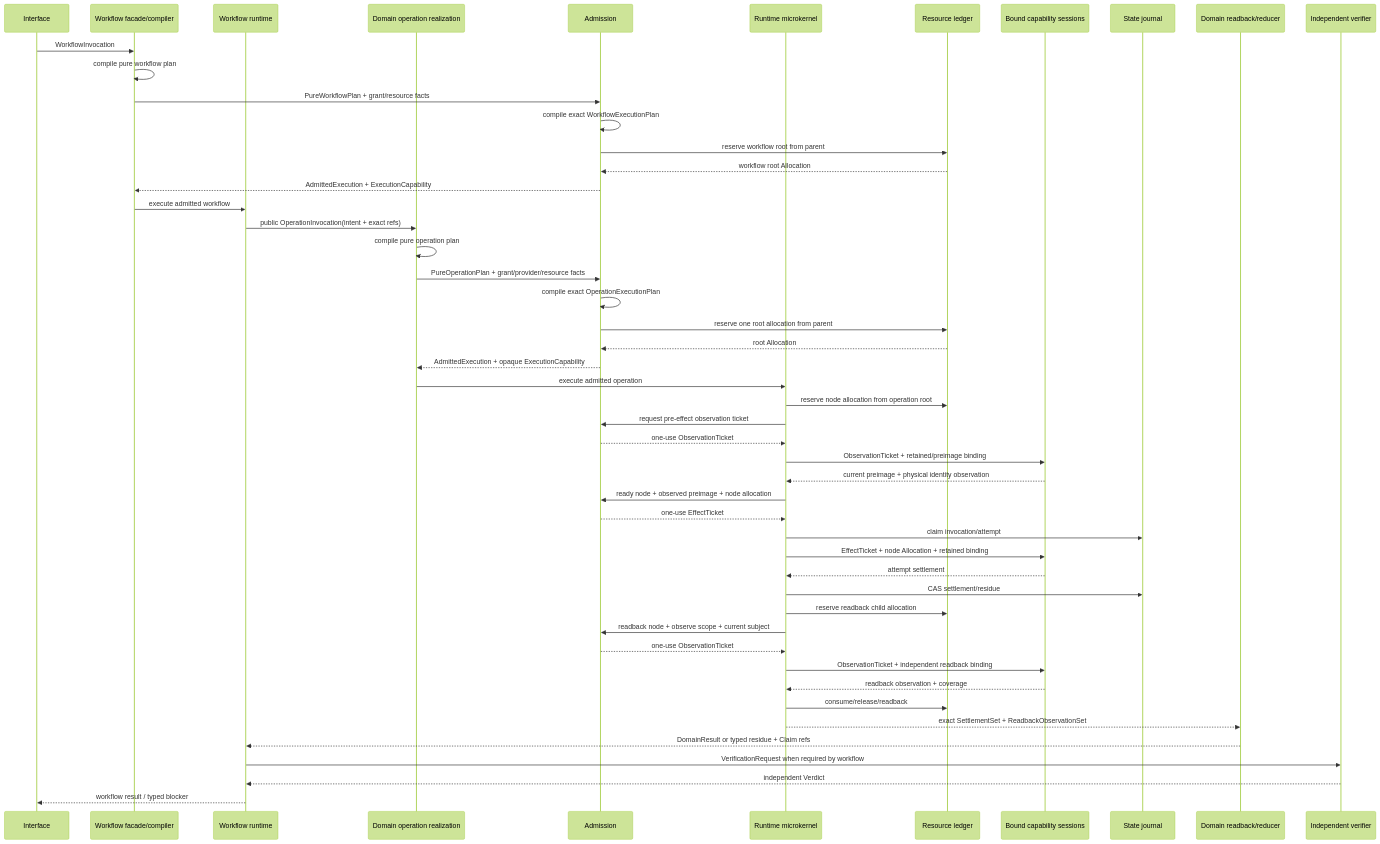
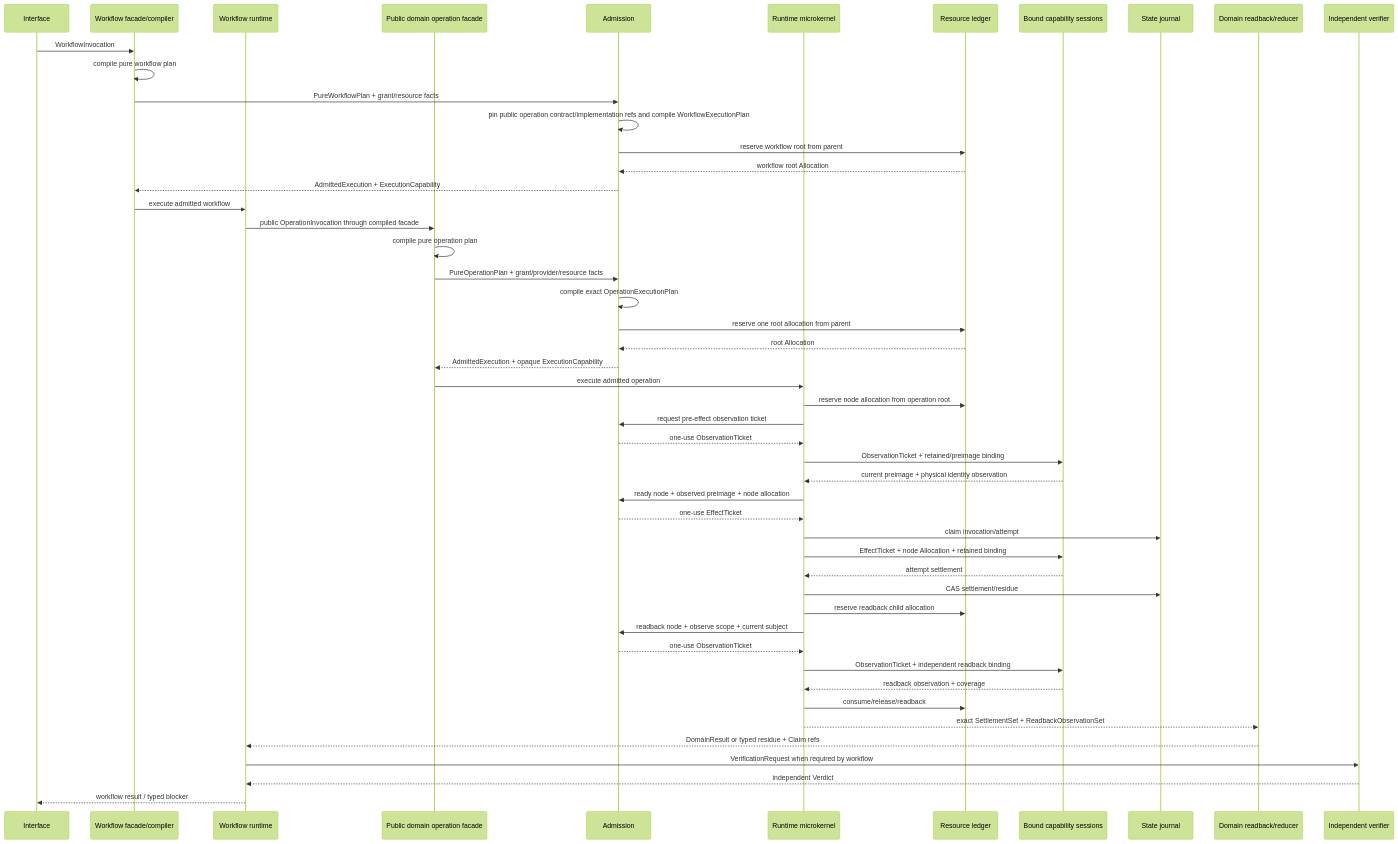
One commit to sec-platform/sec changed the tenth of 13 diagrams in docs/implementation-architecture.md. Above: the diagram before and after it, drawn with Mermaid (forest theme). The commit also changed other lines of this file and 1 other file, not shown here.

Commit message:
docs: define layered semantic workflow architecture

````diff
--- a/docs/implementation-architecture.md
+++ b/docs/implementation-architecture.md
@@ -759,52 +876,52 @@
 ```mermaid
 sequenceDiagram
   participant I as Interface
   participant F as Workflow facade/compiler
   participant W as Workflow runtime
-  participant D as Domain operation realization
+  participant D as Public domain operation facade
   participant A as Admission
   participant K as Runtime microkernel
   participant R as Resource ledger
   participant P as Bound capability sessions
   participant S as State journal
   participant B as Domain readback/reducer
   participant V as Independent verifier
   I->>F: WorkflowInvocation
   F->>F: compile pure workflow plan
   F->>A: PureWorkflowPlan + grant/resource facts
-  A->>A: compile exact WorkflowExecutionPlan
+  A->>A: pin public operation contract/implementation refs and compile WorkflowExecutionPlan
   A->>R: reserve workflow root from parent
   R-->>A: workflow root Allocation
   A-->>F: AdmittedExecution + ExecutionCapability
   F->>W: execute admitted workflow
-  W->>D: public OperationInvocation(intent + exact refs)
+  W->>D: public OperationInvocation through compiled facade
   D->>D: compile pure operation plan
   D->>A: PureOperationPlan + grant/provider/resource facts
   A->>A: compile exact OperationExecutionPlan
   A->>R: reserve one root allocation from parent
   R-->>A: root Allocation
   A-->>D: AdmittedExecution + opaque ExecutionCapability
   D->>K: execute admitted operation
   K->>R: reserve node allocation from operation root
   K->>A: request pre-effect observation ticket
   A-->>K: one-use ObservationTicket
   K->>P: ObservationTicket + retained/preimage binding
   P-->>K: current preimage + physical identity observation
   K->>A: ready node + observed preimage + node allocation
   A-->>K: one-use EffectTicket
   K->>S: claim invocation/attempt
   K->>P: EffectTicket + node Allocation + retained binding
   P-->>K: attempt settlement
   K->>S: CAS settlement/residue
   K->>R: reserve readback child allocation
   K->>A: readback node + observe scope + current subject
   A-->>K: one-use ObservationTicket
   K->>P: ObservationTicket + independent readback binding
   P-->>K: readback observation + coverage
   K->>R: consume/release/readback
   K-->>B: exact SettlementSet + ReadbackObservationSet
   B-->>W: DomainResult or typed residue + Claim refs
   W->>V: VerificationRequest when required by workflow
   V-->>W: independent Verdict
   W-->>I: workflow result / typed blocker
 ```
````
